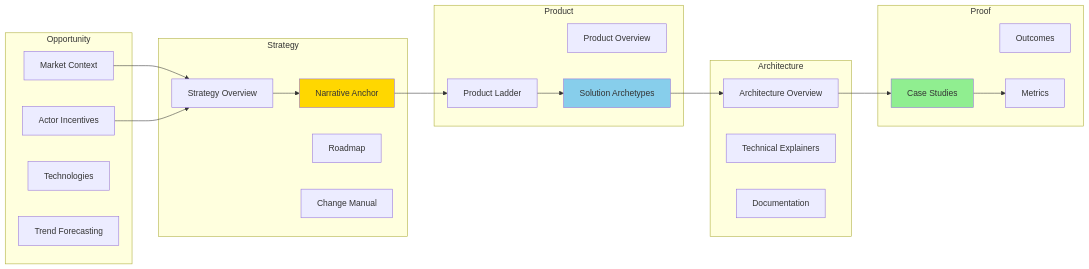
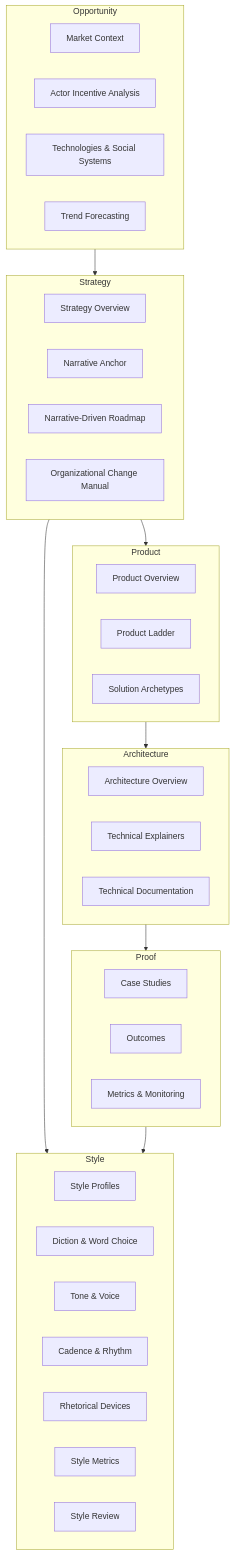
The third of 3 diagrams in README.md (Synthetic-Identity-Co/conj-talk-2025), drawn with Mermaid before and after one commit. The commit also changed other lines of this file, not shown here.

````diff
--- a/README.md
+++ b/README.md
@@ -140,47 +268,51 @@
 ```mermaid
-graph LR
+graph TB
     subgraph Opportunity
         O1[Market Context]
-        O2[Actor Incentives]
-        O3[Technologies]
+        O2[Actor Incentive Analysis]
+        O3[Technologies & Social Systems]
         O4[Trend Forecasting]
     end
     
     subgraph Strategy
         S1[Strategy Overview]
         S2[Narrative Anchor]
-        S3[Roadmap]
-        S4[Change Manual]
+        S3[Narrative-Driven Roadmap]
+        S4[Organizational Change Manual]
     end
     
     subgraph Product
         P1[Product Overview]
         P2[Product Ladder]
         P3[Solution Archetypes]
     end
     
     subgraph Architecture
         A1[Architecture Overview]
         A2[Technical Explainers]
-        A3[Documentation]
+        A3[Technical Documentation]
     end
     
     subgraph Proof
         PR1[Case Studies]
         PR2[Outcomes]
-        PR3[Metrics]
+        PR3[Metrics & Monitoring]
     end
     
-    O1 --> S1
-    O2 --> S1
-    S1 --> S2
-    S2 --> P2
-    P2 --> P3
-    P3 --> A1
-    A1 --> PR1
-    PR1 --> PR3
+    subgraph Style
+        ST1[Style Profiles]
+        ST2[Diction & Word Choice]
+        ST3[Tone & Voice]
+        ST4[Cadence & Rhythm]
+        ST5[Rhetorical Devices]
+        ST6[Style Metrics]
+        ST7[Style Review]
+    end
     
-    style S2 fill:#ffd700
-    style P3 fill:#87ceeb
-    style PR1 fill:#90ee90
+    Opportunity --> Strategy
+    Strategy --> Product
+    Product --> Architecture
+    Architecture --> Proof
+    Strategy --> Style
+    Proof --> Style
 ```
````
